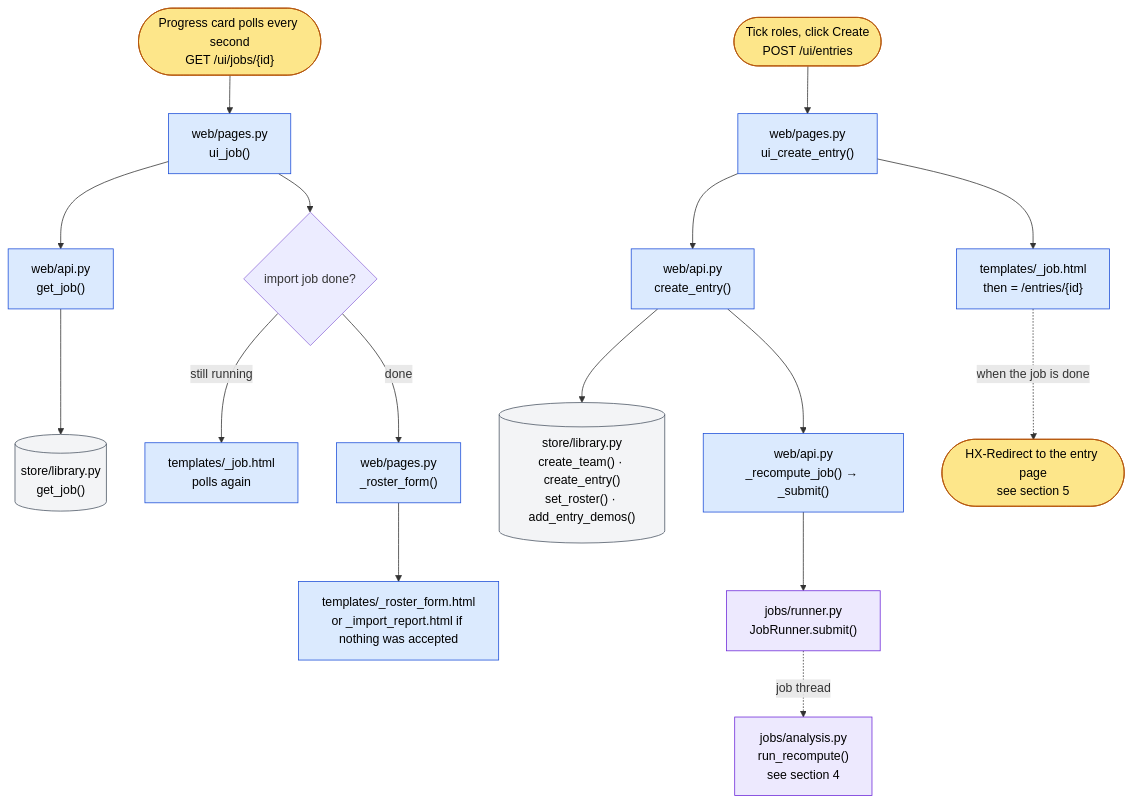
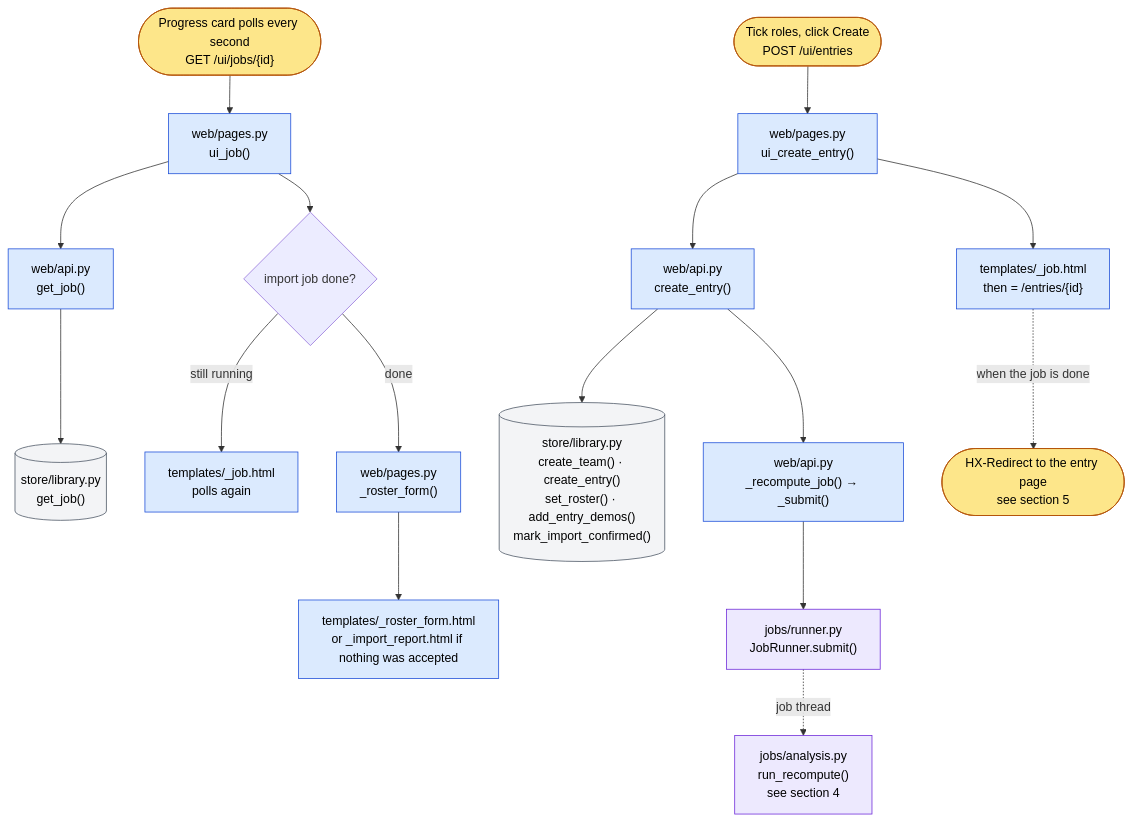
One commit to GeorgeMac06/CS2-demo-analyser changed the fourth of 9 diagrams in docs/workflows/call-graph.md. Above: the diagram before and after it, drawn with Mermaid. The commit also changed other lines of this file and 14 other files, not shown here.

````diff
--- a/docs/workflows/call-graph.md
+++ b/docs/workflows/call-graph.md
@@ -118,24 +118,24 @@
 ```mermaid
 flowchart TD
   P(["Progress card polls every second<br/>GET /ui/jobs/{id}"]):::user --> UJ["web/pages.py<br/>ui_job()"]:::web
   UJ --> GJ["web/api.py<br/>get_job()"]:::web
   GJ --> LJ[("store/library.py<br/>get_job()")]:::store
   UJ --> Q{"import job done?"}
   Q -->|"still running"| JC["templates/_job.html<br/>polls again"]:::web
   Q -->|"done"| RF["web/pages.py<br/>_roster_form()"]:::web
   RF --> RFT["templates/_roster_form.html<br/>or _import_report.html if nothing was accepted"]:::web
 
   U(["Tick roles, click Create<br/>POST /ui/entries"]):::user --> CE["web/pages.py<br/>ui_create_entry()"]:::web
   CE --> ACE["web/api.py<br/>create_entry()"]:::web
-  ACE --> ST[("store/library.py<br/>create_team() · create_entry()<br/>set_roster() · add_entry_demos()")]:::store
+  ACE --> ST[("store/library.py<br/>create_team() · create_entry()<br/>set_roster() · add_entry_demos()<br/>mark_import_confirmed()")]:::store
   ACE --> RJ["web/api.py<br/>_recompute_job() → _submit()"]:::web
   RJ --> RS["jobs/runner.py<br/>JobRunner.submit()"]:::job
   RS -.->|"job thread"| RR["jobs/analysis.py<br/>run_recompute()<br/>see section 4"]:::job
   CE --> JC2["templates/_job.html<br/>then = /entries/{id}"]:::web
   JC2 -.->|"when the job is done"| RD(["HX-Redirect to the entry page<br/>see section 5"]):::user
 
   classDef user fill:#fde68a,stroke:#b45309,color:#000
   classDef web fill:#dbeafe,stroke:#1d4ed8,color:#000
   classDef job fill:#ede9fe,stroke:#6d28d9,color:#000
   classDef store fill:#f3f4f6,stroke:#4b5563,color:#000
 ```
````
